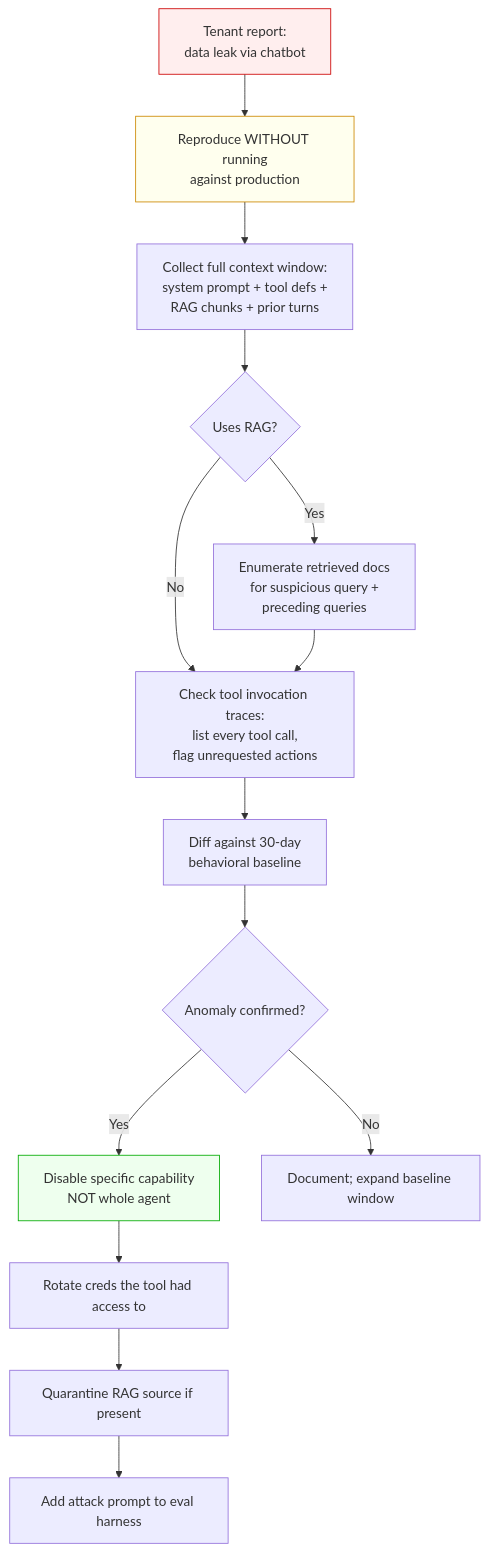
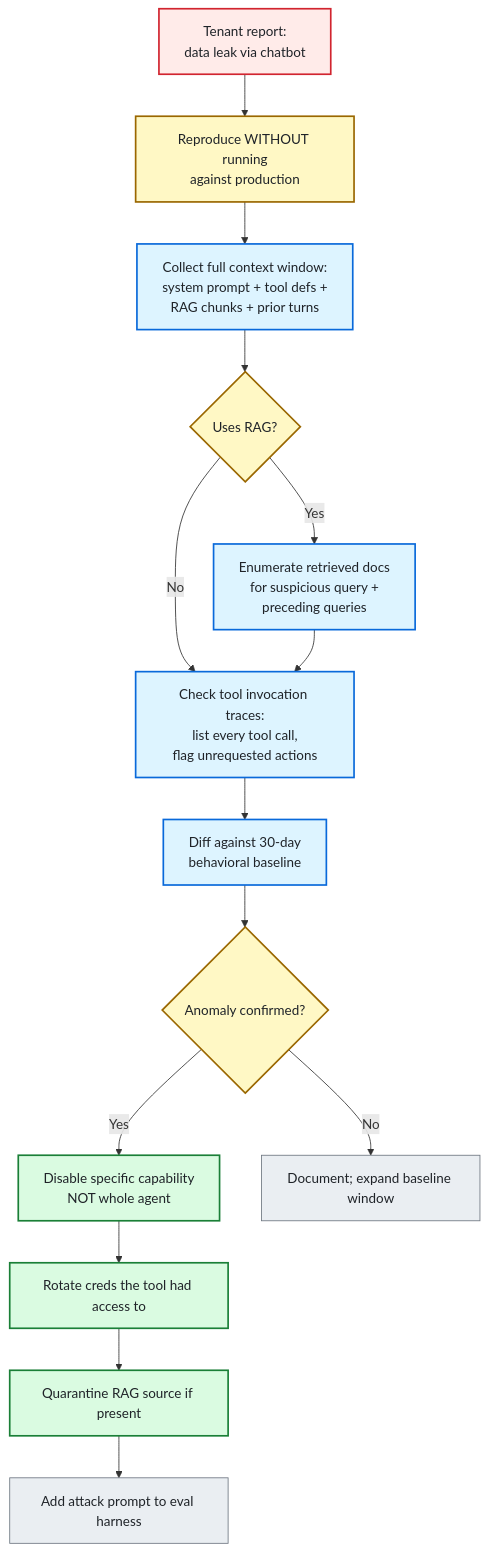
The fourth of 8 diagrams in docs/ai-dfir-investigation-guide.md (depalmar/ai-dfir-toolkit), drawn with Mermaid before and after one commit. The commit also changed other lines of this file, not shown here.

Commit message:
Restyle Mermaid diagrams with GitHub Primer palette for light/dark mode legibility

````diff
--- a/docs/ai-dfir-investigation-guide.md
+++ b/docs/ai-dfir-investigation-guide.md
@@ -218,20 +235,29 @@
 ```mermaid
 flowchart TD
     A[Tenant report:<br/>data leak via chatbot] --> B[Reproduce WITHOUT running<br/>against production]
     B --> C[Collect full context window:<br/>system prompt + tool defs +<br/>RAG chunks + prior turns]
     C --> D{Uses RAG?}
     D -->|Yes| E[Enumerate retrieved docs<br/>for suspicious query +<br/>preceding queries]
     D -->|No| F[Skip to tool trace]
     E --> F[Check tool invocation traces:<br/>list every tool call,<br/>flag unrequested actions]
     F --> G[Diff against 30-day<br/>behavioral baseline]
     G --> H{Anomaly confirmed?}
     H -->|Yes| I[Disable specific capability<br/>NOT whole agent]
     H -->|No| J[Document; expand baseline window]
     I --> K[Rotate creds the tool had access to]
     K --> L[Quarantine RAG source if present]
     L --> M[Add attack prompt to eval harness]
 
-    style A fill:#fee,stroke:#c00
-    style B fill:#ffe,stroke:#c80
-    style I fill:#efe,stroke:#0a0
+    classDef danger fill:#ffebe9,stroke:#d1242f,stroke-width:2px,color:#1f2328
+    classDef warn fill:#fff8c5,stroke:#9a6700,stroke-width:2px,color:#1f2328
+    classDef info fill:#ddf4ff,stroke:#0969da,stroke-width:2px,color:#1f2328
+    classDef safe fill:#dafbe1,stroke:#1a7f37,stroke-width:2px,color:#1f2328
+    classDef muted fill:#eaeef2,stroke:#6e7781,stroke-width:1px,color:#1f2328
+
+    class A danger
+    class B warn
+    class C,E,F,G info
+    class D,H warn
+    class I,K,L safe
+    class J,M muted
 ```
````
